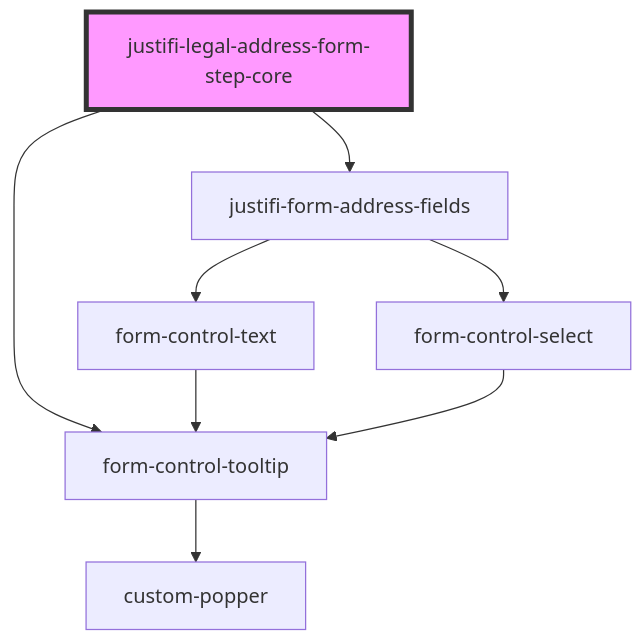
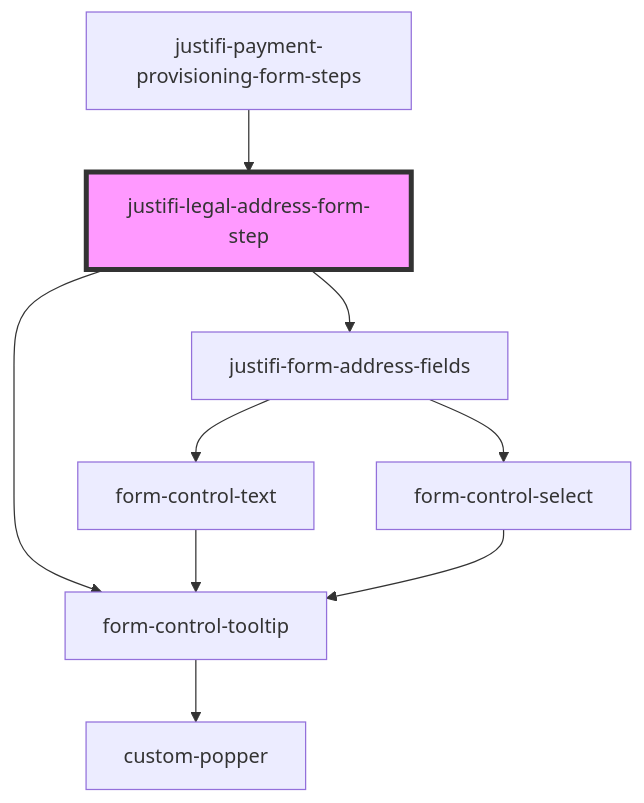
The diagram in packages/webcomponents/src/components/business-forms/payment-provisioning/legal-address-form/readme.md (justifi-tech/web-component-library), drawn with Mermaid before and after one commit. The commit also changed other lines of this file and 8 other files, not shown here.

````diff
--- a/packages/webcomponents/src/components/business-forms/payment-provisioning/legal-address-form/readme.md
+++ b/packages/webcomponents/src/components/business-forms/payment-provisioning/legal-address-form/readme.md
@@ -54,11 +58,12 @@
 ```mermaid
 graph TD;
-  justifi-legal-address-form-step-core --> form-control-tooltip
-  justifi-legal-address-form-step-core --> justifi-form-address-fields
+  justifi-legal-address-form-step --> form-control-tooltip
+  justifi-legal-address-form-step --> justifi-form-address-fields
   form-control-tooltip --> custom-popper
   justifi-form-address-fields --> form-control-text
   justifi-form-address-fields --> form-control-select
   form-control-text --> form-control-tooltip
   form-control-select --> form-control-tooltip
-  style justifi-legal-address-form-step-core fill:#f9f,stroke:#333,stroke-width:4px
+  justifi-payment-provisioning-form-steps --> justifi-legal-address-form-step
+  style justifi-legal-address-form-step fill:#f9f,stroke:#333,stroke-width:4px
 ```
````
